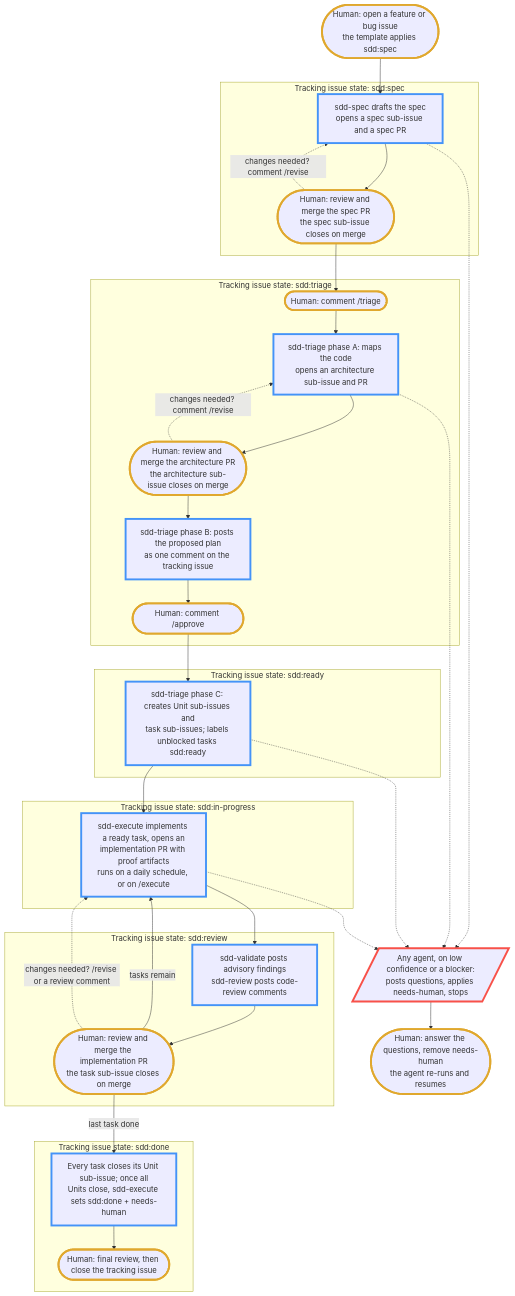
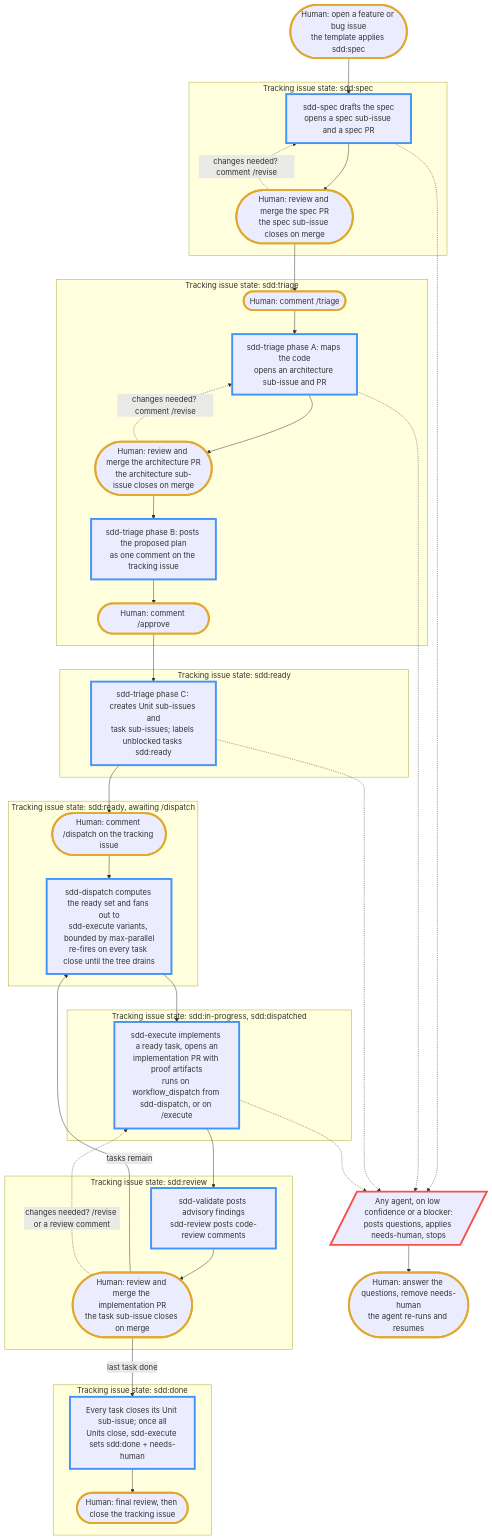
The diagram in docs/sdd/index.md (norrietaylor/spectacles), drawn with Mermaid before and after one commit. The commit also changed other lines of this file and 20 other files, not shown here.

First line of the commit message:
feat(sdd-dispatch): event-driven matrix dispatcher; remove daily cron (#81)

````diff
--- a/docs/sdd/index.md
+++ b/docs/sdd/index.md
@@ -40,56 +47,62 @@
 ```mermaid
 flowchart TD
     classDef human stroke:#e0a82e,stroke-width:4px;
     classDef agent stroke:#4493f8,stroke-width:4px;
     classDef handoff stroke:#f85149,stroke-width:4px;
 
     open([Human: open a feature or bug issue<br/>the template applies sdd:spec]):::human
 
     subgraph s_spec [Tracking issue state: sdd:spec]
         a_spec[sdd-spec drafts the spec<br/>opens a spec sub-issue and a spec PR]:::agent
         h_spec([Human: review and merge the spec PR<br/>the spec sub-issue closes on merge]):::human
     end
 
     subgraph s_triage [Tracking issue state: sdd:triage]
         h_triage([Human: comment /triage]):::human
         a_arch[sdd-triage phase A: maps the code<br/>opens an architecture sub-issue and PR]:::agent
         h_arch([Human: review and merge the architecture PR<br/>the architecture sub-issue closes on merge]):::human
         a_units[sdd-triage phase B: posts the proposed plan<br/>as one comment on the tracking issue]:::agent
         h_approve([Human: comment /approve]):::human
     end
 
     subgraph s_ready [Tracking issue state: sdd:ready]
         a_tasks[sdd-triage phase C: creates Unit sub-issues and<br/>task sub-issues; labels unblocked tasks sdd:ready]:::agent
     end
 
-    subgraph s_progress [Tracking issue state: sdd:in-progress]
-        a_exec[sdd-execute implements a ready task, opens an<br/>implementation PR with proof artifacts<br/>runs on a daily schedule, or on /execute]:::agent
+    subgraph s_dispatch [Tracking issue state: sdd:ready, awaiting /dispatch]
+        h_dispatch([Human: comment /dispatch on the tracking issue]):::human
+        a_dispatch[sdd-dispatch computes the ready set and fans out to<br/>sdd-execute variants, bounded by max-parallel<br/>re-fires on every task close until the tree drains]:::agent
+    end
+
+    subgraph s_progress [Tracking issue state: sdd:in-progress, sdd:dispatched]
+        a_exec[sdd-execute implements a ready task, opens an<br/>implementation PR with proof artifacts<br/>runs on workflow_dispatch from sdd-dispatch, or on /execute]:::agent
     end
 
     subgraph s_review [Tracking issue state: sdd:review]
         a_check[sdd-validate posts advisory findings<br/>sdd-review posts code-review comments]:::agent
         h_merge([Human: review and merge the implementation PR<br/>the task sub-issue closes on merge]):::human
     end
 
     subgraph s_done [Tracking issue state: sdd:done]
         a_done[Every task closes its Unit sub-issue; once all<br/>Units close, sdd-execute sets sdd:done + needs-human]:::agent
         h_close([Human: final review, then close the tracking issue]):::human
     end
 
     open --> a_spec --> h_spec --> h_triage --> a_arch --> h_arch
-    h_arch --> a_units --> h_approve --> a_tasks --> a_exec --> a_check --> h_merge
-    h_merge -->|tasks remain| a_exec
+    h_arch --> a_units --> h_approve --> a_tasks --> h_dispatch
+    h_dispatch --> a_dispatch --> a_exec --> a_check --> h_merge
+    h_merge -->|tasks remain| a_dispatch
     h_merge -->|last task done| a_done --> h_close
 
     hand[/"Any agent, on low confidence or a blocker:<br/>posts questions, applies needs-human, stops"/]:::handoff
     ans([Human: answer the questions, remove needs-human<br/>the agent re-runs and resumes]):::human
     a_spec -.-> hand
     a_arch -.-> hand
     a_tasks -.-> hand
     a_exec -.-> hand
     hand --> ans
 
     h_spec -.->|changes needed? comment /revise| a_spec
     h_arch -.->|changes needed? comment /revise| a_arch
     h_merge -.->|changes needed? /revise or a review comment| a_exec
 ```
````
